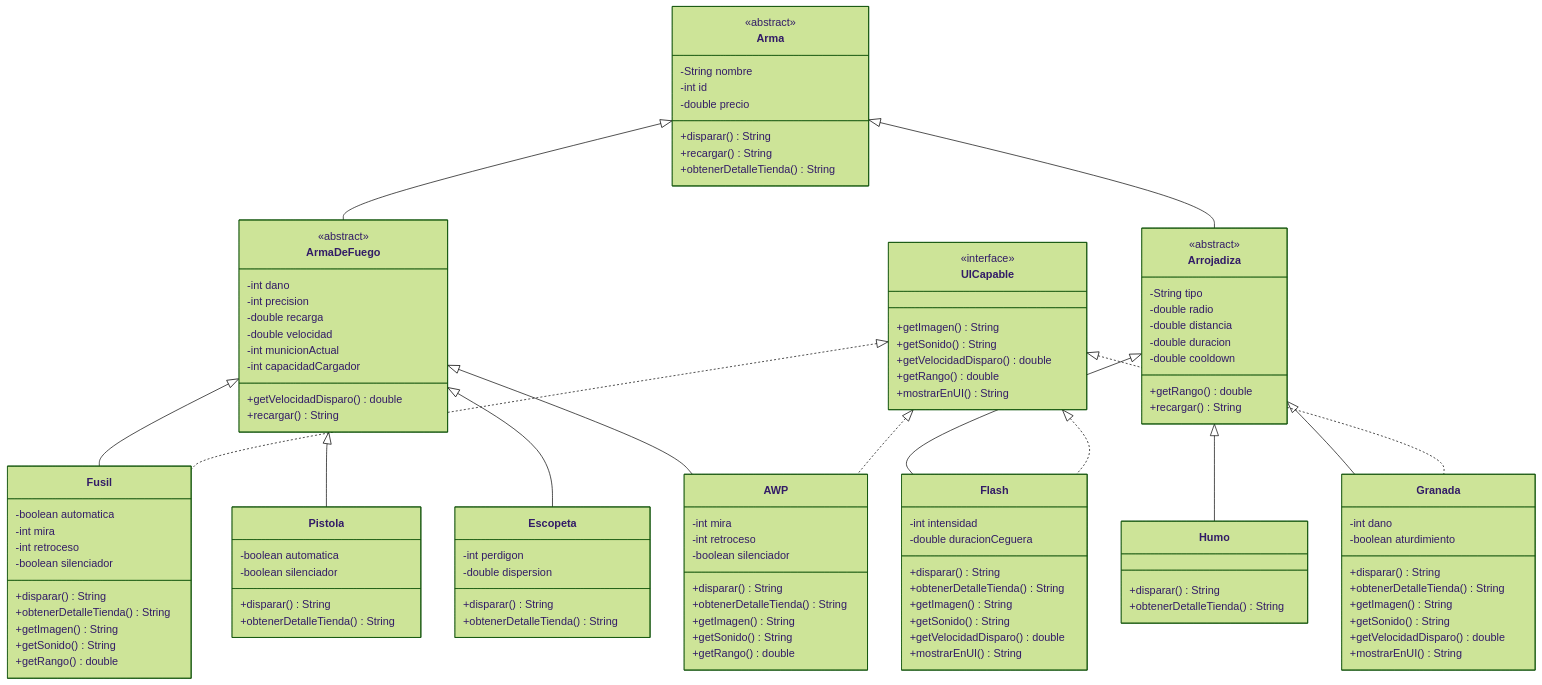
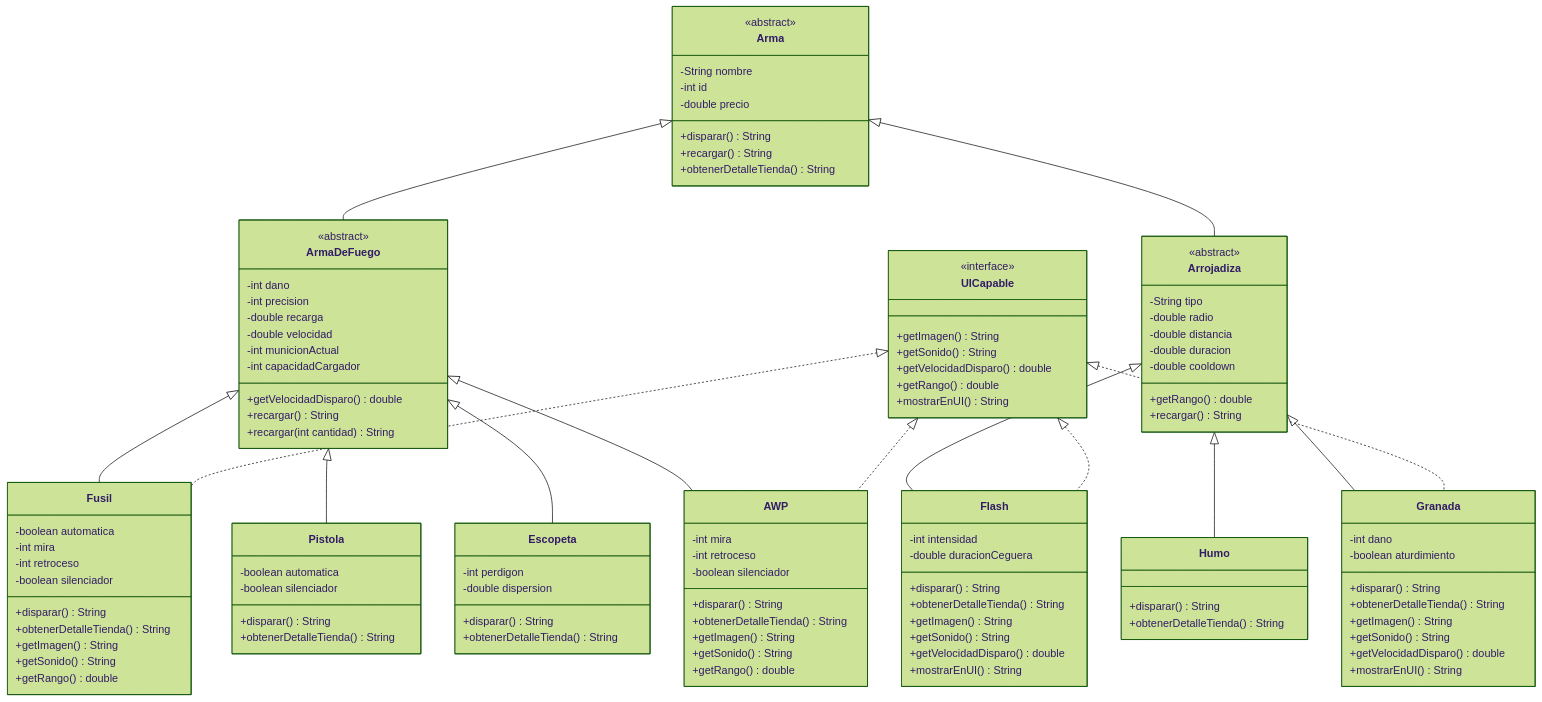
Before and after one commit to MigueMedina/mmedina-tplp3-2026: the diagram in Docs/diagramamermaid.md, drawn with Mermaid (forest theme).

Commit message:
Correccion de Diagrama

```diff
--- a/Docs/diagramamermaid.md
+++ b/Docs/diagramamermaid.md
@@ -22,6 +22,7 @@
         -int capacidadCargador
         +getVelocidadDisparo() double
         +recargar() String
+        +recargar(int cantidad) String
     }
 
     class Arrojadiza {
@@ -110,7 +111,7 @@
         +mostrarEnUI() String
     }
 
-    %% Relaciones de herencia
+    %% Relaciones de Herencia
     Arma <|-- ArmaDeFuego
     Arma <|-- Arrojadiza
 
```
